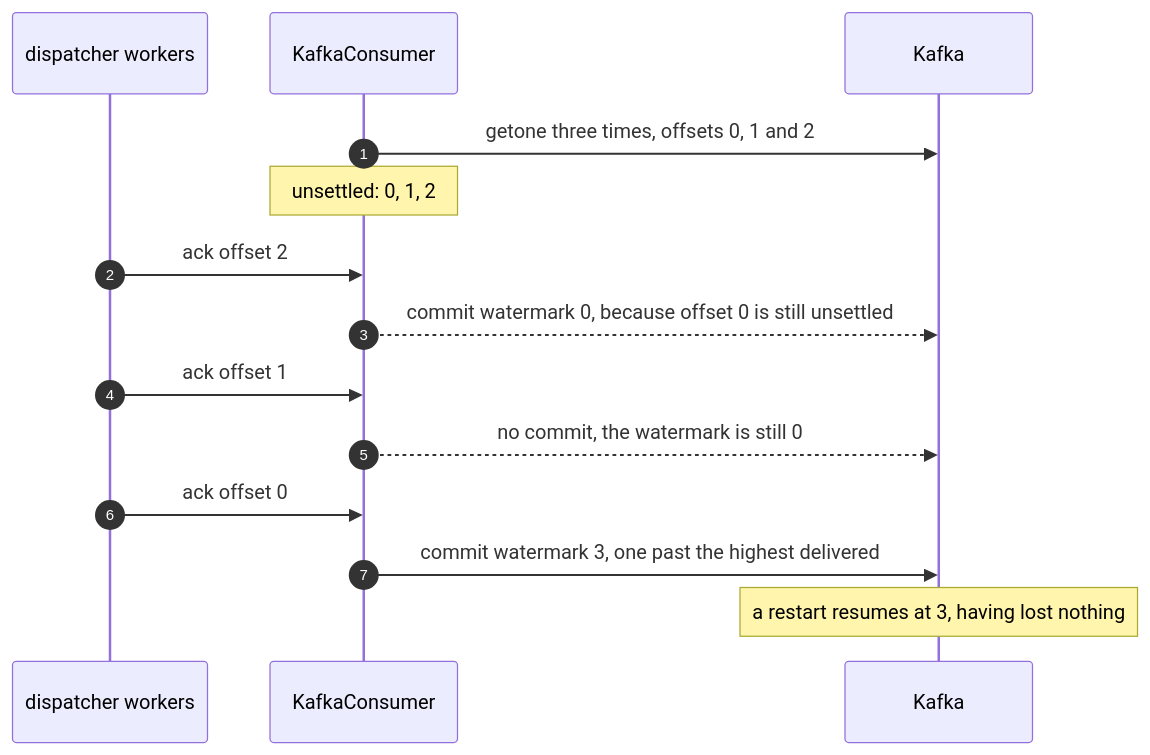
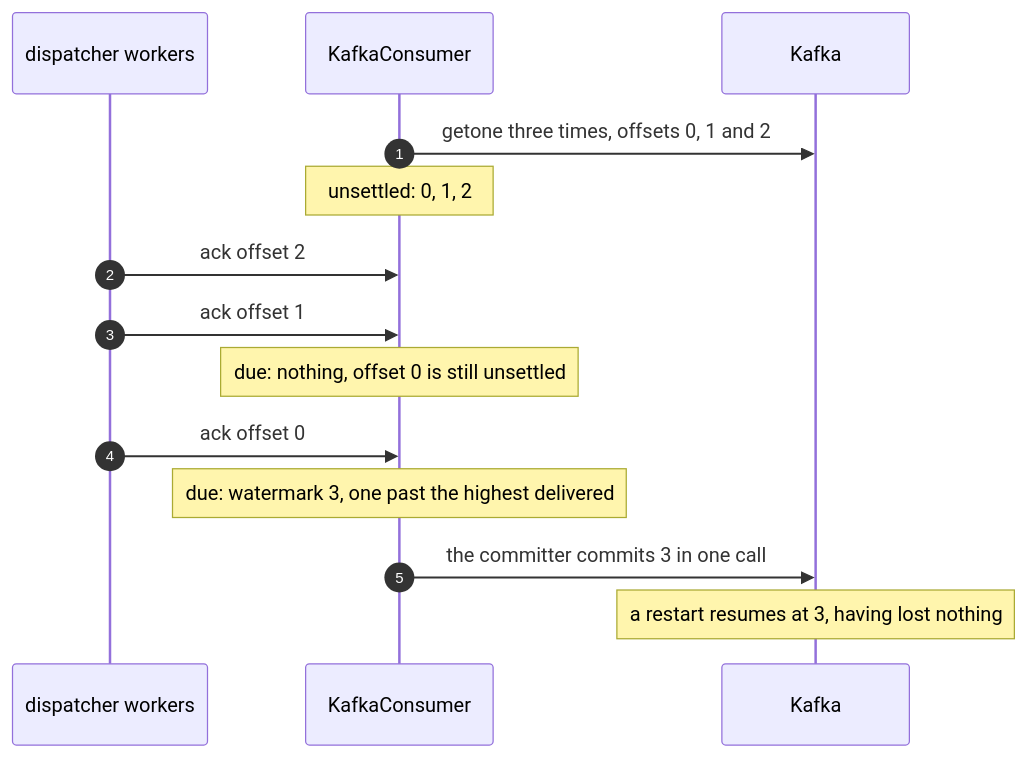
One commit to haskian/edax changed the second of 3 diagrams in docs/backends/kafka.md. Above: the diagram before and after it, drawn with Mermaid. The commit also changed other lines of this file and 234 other files, not shown here.

````diff
--- a/docs/backends/kafka.md
+++ b/docs/backends/kafka.md
@@ -217,17 +283,17 @@
 ```mermaid
 sequenceDiagram
     autonumber
     participant W as dispatcher workers
     participant C as KafkaConsumer
     participant K as Kafka
 
     C->>K: getone three times, offsets 0, 1 and 2
     Note over C: unsettled: 0, 1, 2
     W->>C: ack offset 2
-    C-->>K: commit watermark 0, because offset 0 is still unsettled
     W->>C: ack offset 1
-    C-->>K: no commit, the watermark is still 0
+    Note over C: due: nothing, offset 0 is still unsettled
     W->>C: ack offset 0
-    C->>K: commit watermark 3, one past the highest delivered
+    Note over C: due: watermark 3, one past the highest delivered
+    C->>K: the committer commits 3 in one call
     Note over K: a restart resumes at 3, having lost nothing
 ```
````
